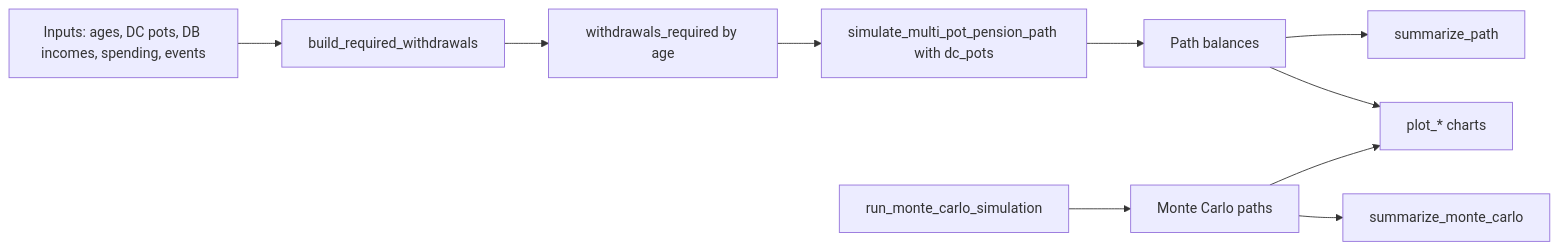
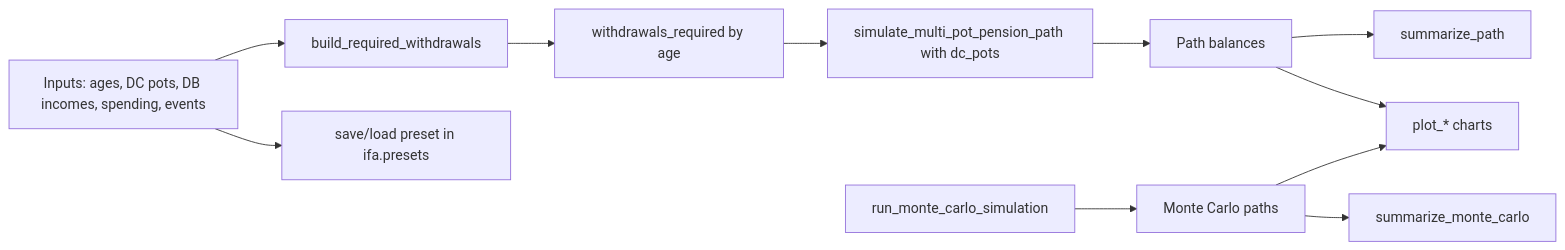
Before and after one commit to bumface11/ifa: the second of 2 diagrams in docs/ARCHITECTURE.md, drawn with Mermaid. The commit also changed other lines of this file and 16 other files, not shown here.

Commit message:
Save and load parameter sets

````diff
--- a/docs/ARCHITECTURE.md
+++ b/docs/ARCHITECTURE.md
@@ -49,13 +52,14 @@
 ```mermaid
 flowchart LR
     A[Inputs: ages, DC pots, DB incomes, spending, events] --> B[build_required_withdrawals]
     B --> C[withdrawals_required by age]
     C --> D[simulate_multi_pot_pension_path with dc_pots]
     D --> E[Path balances]
     E --> F[summarize_path]
     E --> G[plot_* charts]
+    A --> K[save/load preset in ifa.presets]
 
     H[run_monte_carlo_simulation] --> I[Monte Carlo paths]
     I --> J[summarize_monte_carlo]
     I --> G
 ```
````
